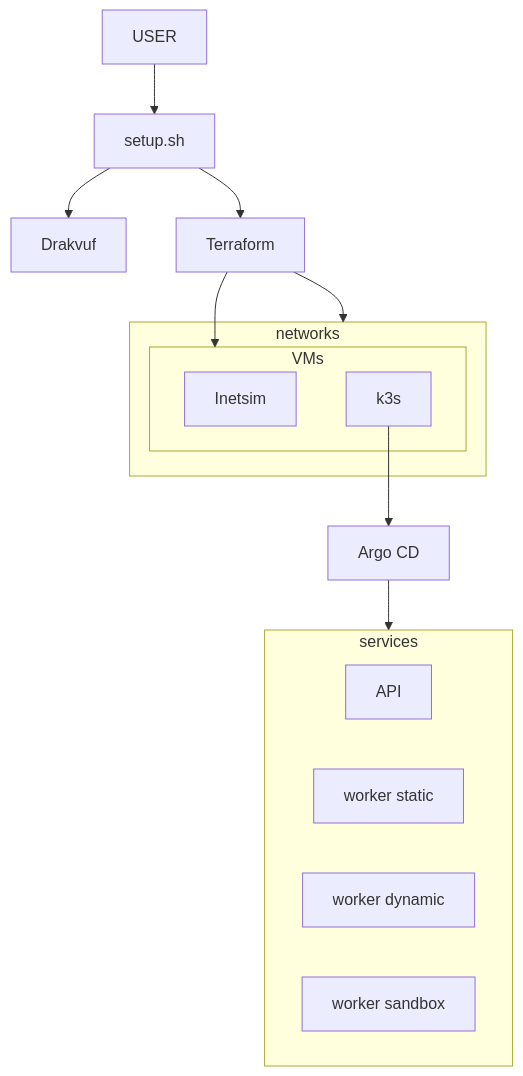
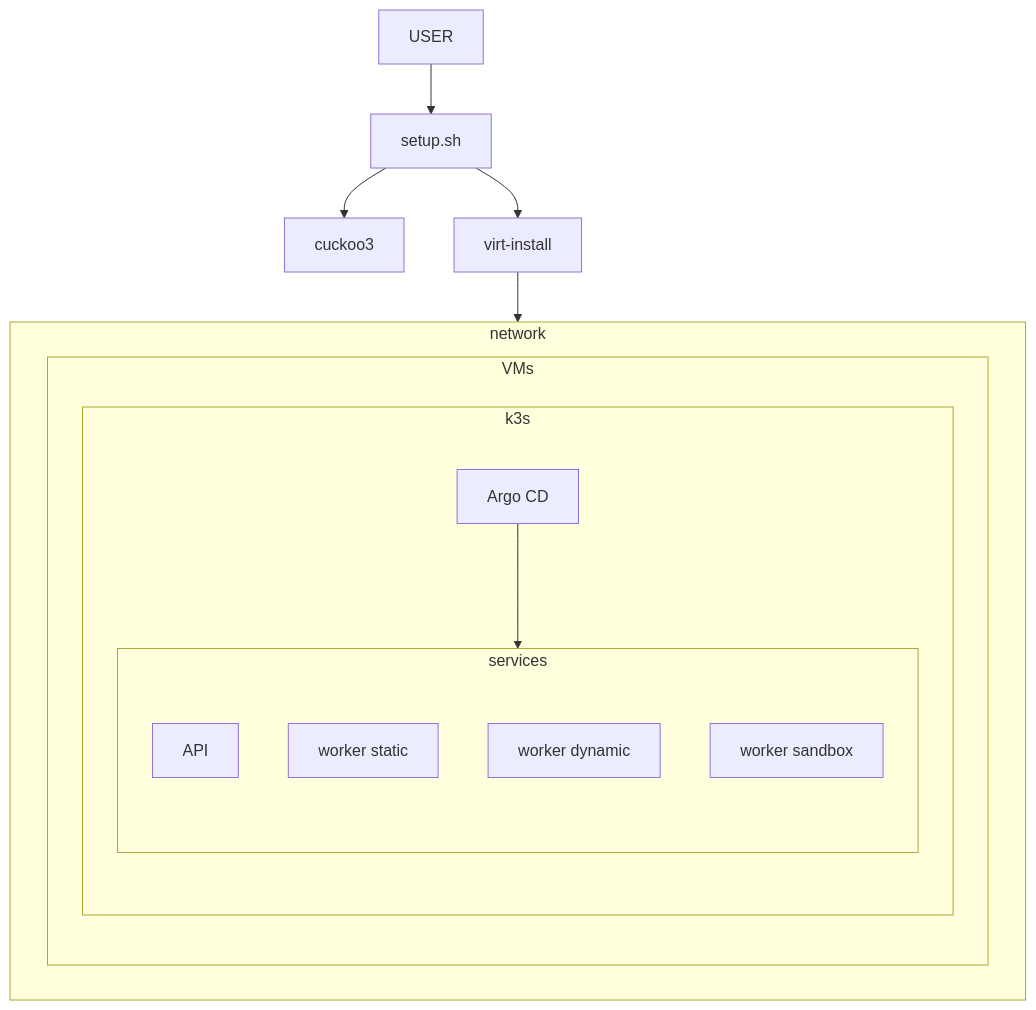
One commit to na-teag/PFE changed the third of 3 diagrams in docs/ARCHITECTURE.md. Above: the diagram before and after it, drawn with Mermaid. The commit also changed other lines of this file and 1 other file, not shown here.

````diff
--- a/docs/ARCHITECTURE.md
+++ b/docs/ARCHITECTURE.md
@@ -55,27 +58,25 @@
 ```mermaid
 flowchart TD 
     USER --> setup[setup.sh]
-    setup --> Drakvuf
-    setup --> Terraform
-    Terraform --> VMs
-    Terraform --> networks
-    subgraph networks
+    setup --> cuckoo3
+    setup --> Terraform["virt-install"]
+    subgraph network
         subgraph VMs
-            Inetsim
-            k3s
+            subgraph k3s
+                subgraph services
+                    API
+                    worker1[worker static]
+                    worker2[worker dynamic]
+                    worker3[worker sandbox]
+                end
+                Argocd[Argo CD] --> services
+            end
         end
     end
-    k3s --> Argocd[Argo CD]
-    subgraph services
-        API
-        worker1[worker static]
-        worker2[worker dynamic]
-        worker3[worker sandbox]
-    end
-    Argocd --> services
+    Terraform --> network
     
     click Drakvuf "https://drakvuf.com/" "Drakvuf" _blank
     click Terraform "https://.terraform.io/" "Terraform" _blank
     click Argocd "https://argo-cd.readthedocs.io" "Argo CD" _blank
     click Inetsim "https://inetsim.org/" "INetSim" _blank
 ```
````
